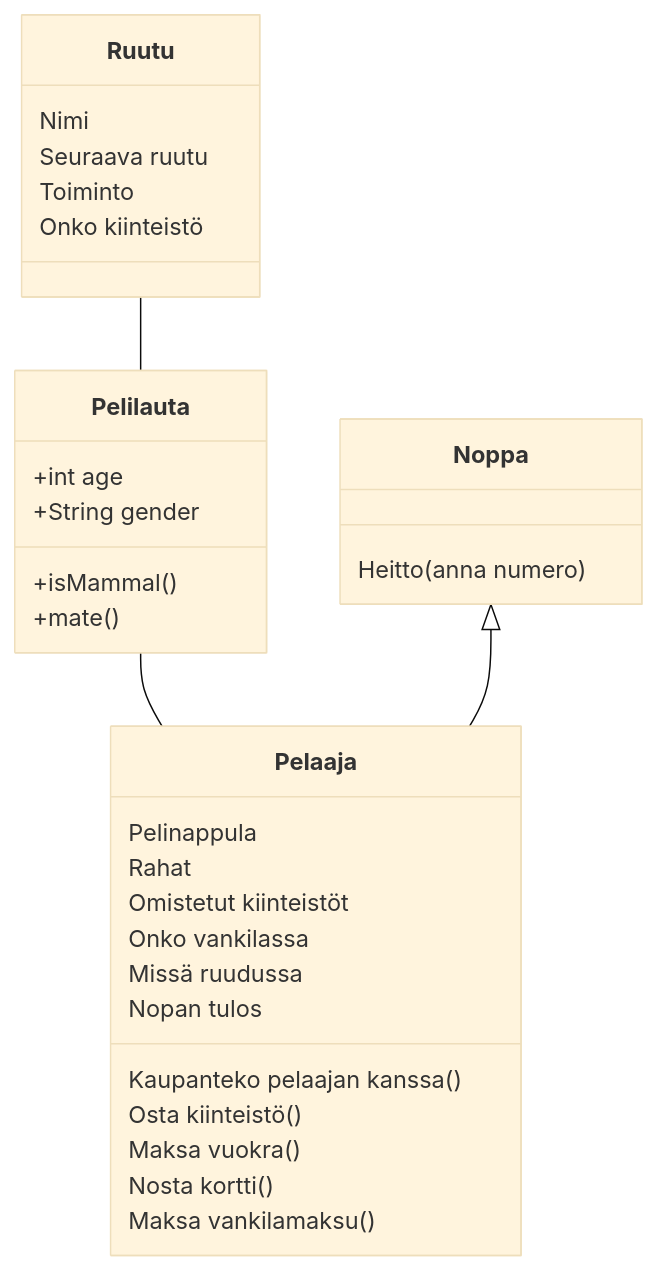
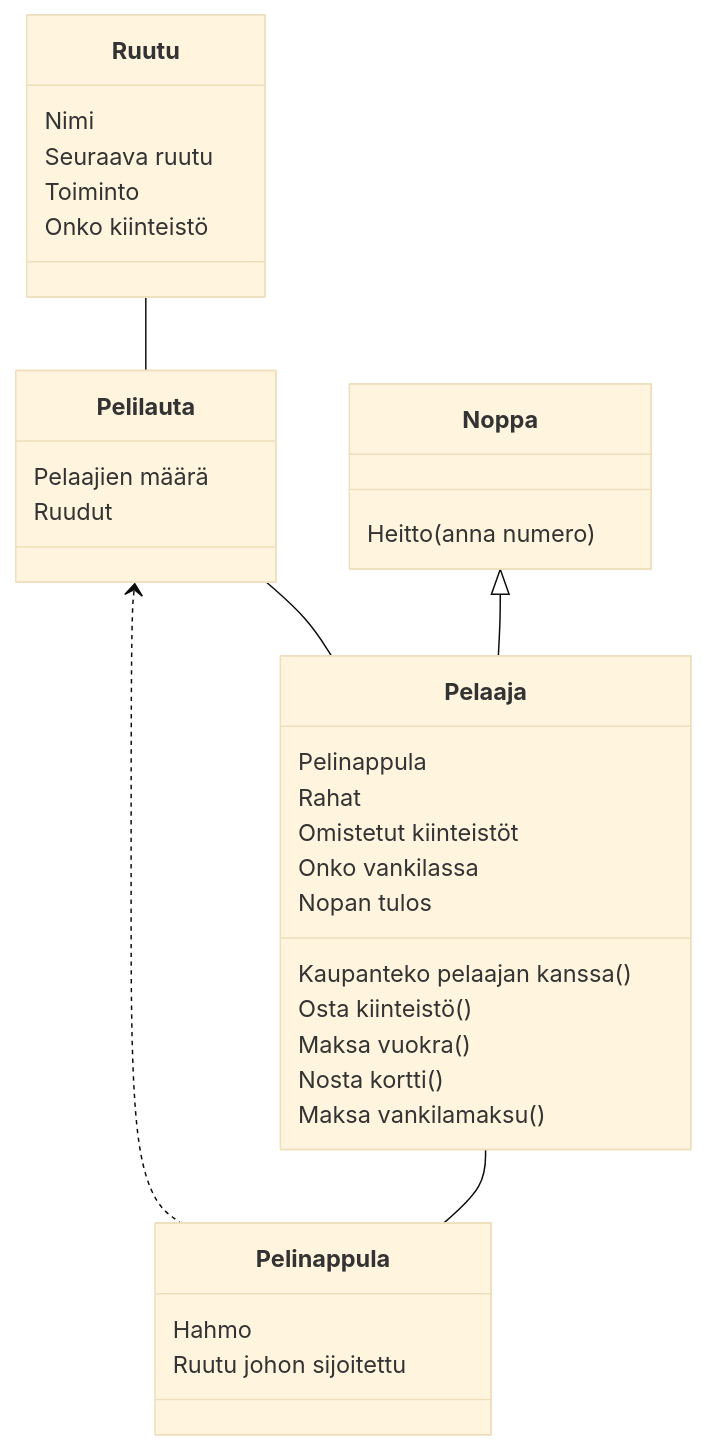
The diagram in laskarit/viikko3/luokkakaavio.md (kodtld/TravelHub), drawn with Mermaid (base theme) before and after one commit.

````diff
--- a/laskarit/viikko3/luokkakaavio.md
+++ b/laskarit/viikko3/luokkakaavio.md
@@ -1,36 +1,40 @@
 ```mermaid
  classDiagram
       Pelilauta -- Pelaaja
       Noppa  <|-- Pelaaja
       Ruutu -- Pelilauta
-      Pelilauta : +int age
-      Pelilauta : +String gender
-      Pelilauta: +isMammal()
-      Pelilauta: +mate()
+      Pelaaja -- Pelinappula
+      Pelilauta <.. Pelinappula
+      Pelilauta : Pelaajien määrä  
+      Pelilauta : Ruudut
 
       class Pelaaja{
           Pelinappula
           Rahat
           Omistetut kiinteistöt  
           Onko vankilassa
-          Missä ruudussa
           Nopan tulos
           
           Kaupanteko pelaajan kanssa()
           Osta kiinteistö()
           Maksa vuokra()
           Nosta kortti()
           Maksa vankilamaksu()  
       }
 
       class Noppa{
           Heitto(anna numero)
       }
 
       class Ruutu{
           Nimi
           Seuraava ruutu
           Toiminto
           Onko kiinteistö
       }
+
+      class Pelinappula{
+          Hahmo
+          Ruutu johon sijoitettu
+      }
 ```
````
